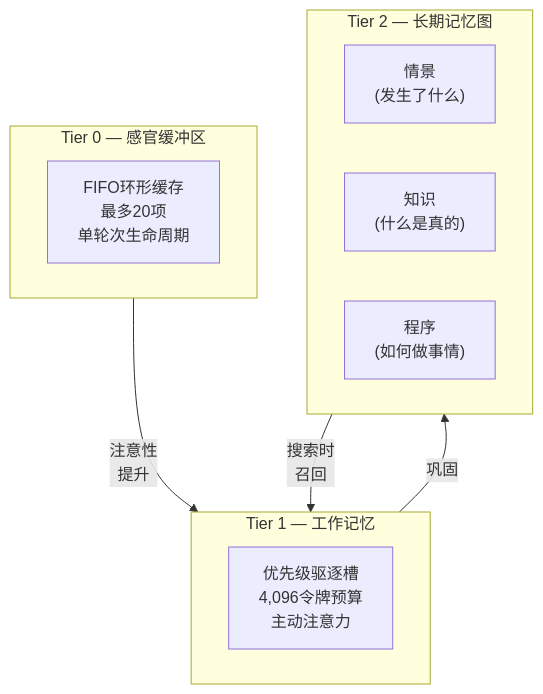
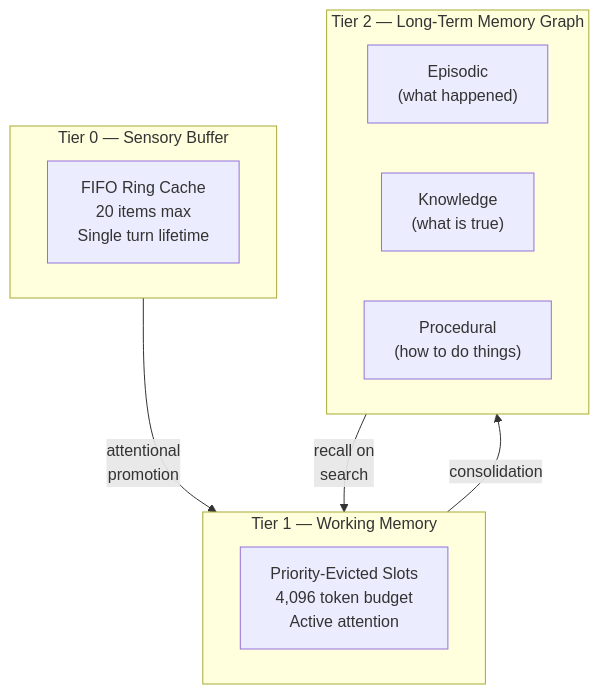
The second of 21 diagrams in docs/research/engram.md (WeiLinCool/openpawz), drawn with Mermaid before and after one commit. The commit also changed other lines of this file and 7 other files, not shown here.

````diff
--- a/docs/research/engram.md
+++ b/docs/research/engram.md
@@ -204,23 +204,23 @@
 ```mermaid
 flowchart TB
-    subgraph T0["Tier 0 — 感官缓冲区"]
+    subgraph T0["Tier 0 — Sensory Buffer"]
         direction LR
-        SB["FIFO环形缓存\n最多20项\n单轮次生命周期"]
+        SB["FIFO Ring Cache\n20 items max\nSingle turn lifetime"]
     end
 
-    subgraph T1["Tier 1 — 工作记忆"]
+    subgraph T1["Tier 1 — Working Memory"]
         direction LR
-        WM["优先级驱逐槽\n4,096令牌预算\n主动注意力"]
+        WM["Priority-Evicted Slots\n4,096 token budget\nActive attention"]
     end
 
-    subgraph T2["Tier 2 — 长期记忆图"]
+    subgraph T2["Tier 2 — Long-Term Memory Graph"]
         direction LR
-        EP["情景\n(发生了什么)"]
-        KN["知识\n(什么是真的)"]
-        PR["程序\n(如何做事情)"]
+        EP["Episodic\n(what happened)"]
+        KN["Knowledge\n(what is true)"]
+        PR["Procedural\n(how to do things)"]
     end
 
-    T0 -- "注意性\n提升" --> T1
-    T1 -- "巩固" --> T2
-    T2 -- "搜索时\n召回" --> T1
+    T0 -- "attentional\npromotion" --> T1
+    T1 -- "consolidation" --> T2
+    T2 -- "recall on\nsearch" --> T1
 ```
````
